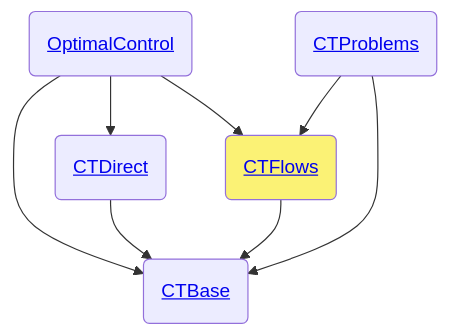
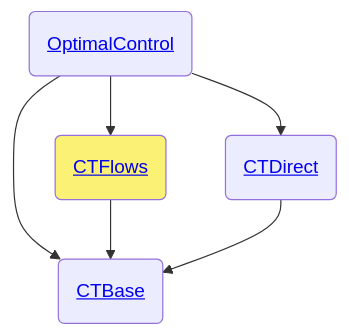
Before and after one commit to control-toolbox/CTFlows.jl: the diagram in docs/src/index.md, drawn with Mermaid. The commit also changed other lines of this file and 4 other files, not shown here.

````diff
--- a/docs/src/index.md
+++ b/docs/src/index.md
@@ -9,11 +9,9 @@
 ```mermaid
 flowchart TD
-O(<a href='https://control-toolbox.org/OptimalControl.jl/stable/'>OptimalControl</a>) --> B(<a href='https://control-toolbox.org/CTBase.jl/stable/'>CTBase</a>)
-O --> D(<a href='https://control-toolbox.org/CTDirect.jl/stable/'>CTDirect</a>)
-O --> F(<a href='https://control-toolbox.org/CTFlows.jl/stable/'>CTFlows</a>)
-P(<a href='https://control-toolbox.org/CTProblems.jl/stable/'>CTProblems</a>) --> F
-P --> B
+O(<a href='https://control-toolbox.org/OptimalControl.jl/stable/'>OptimalControl</a>) --> B(<a href='https://control-toolbox.org/OptimalControl.jl/stable/api-ctbase.html'>CTBase</a>)
+O --> D(<a href='https://control-toolbox.org/OptimalControl.jl/stable/api-ctdirect.html'>CTDirect</a>)
+O --> F(<a href='https://control-toolbox.org/OptimalControl.jl/stable/api-ctflows.html'>CTFlows</a>)
 F --> B
 D --> B
 style F fill:#FBF275
 ```
````
